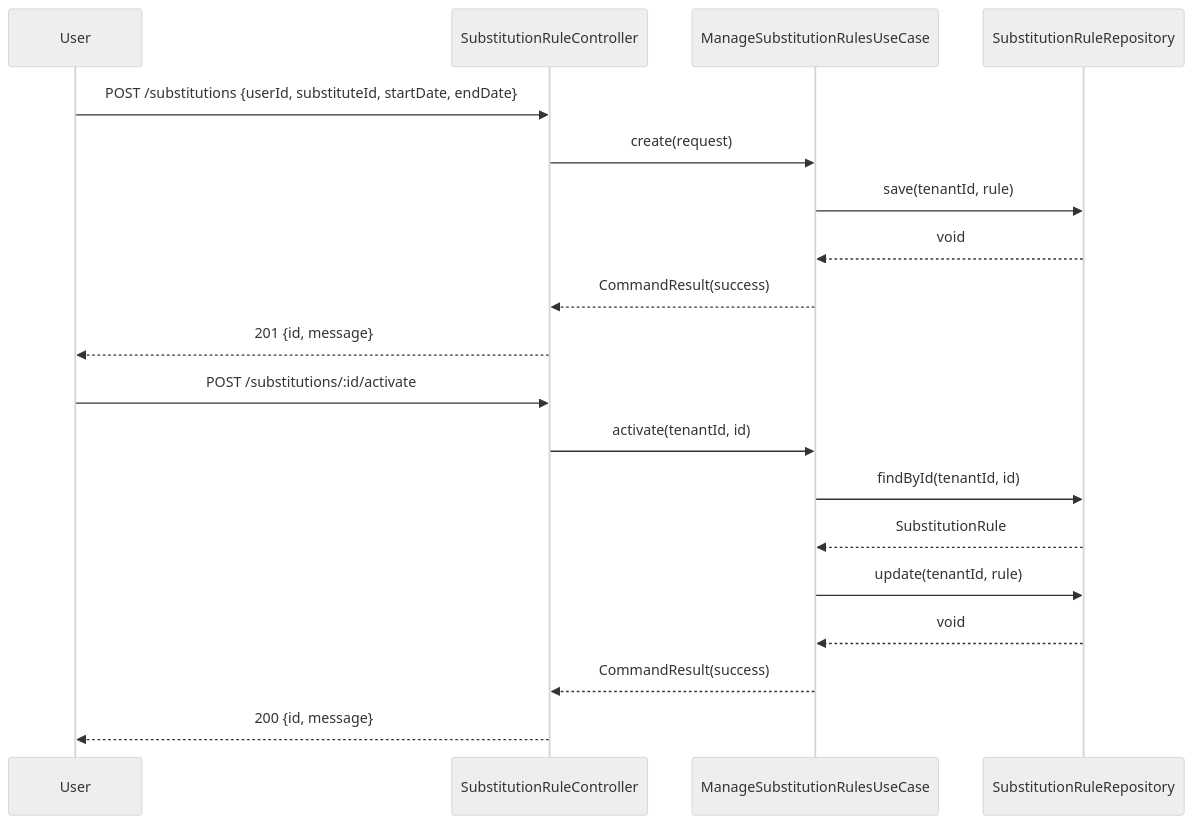
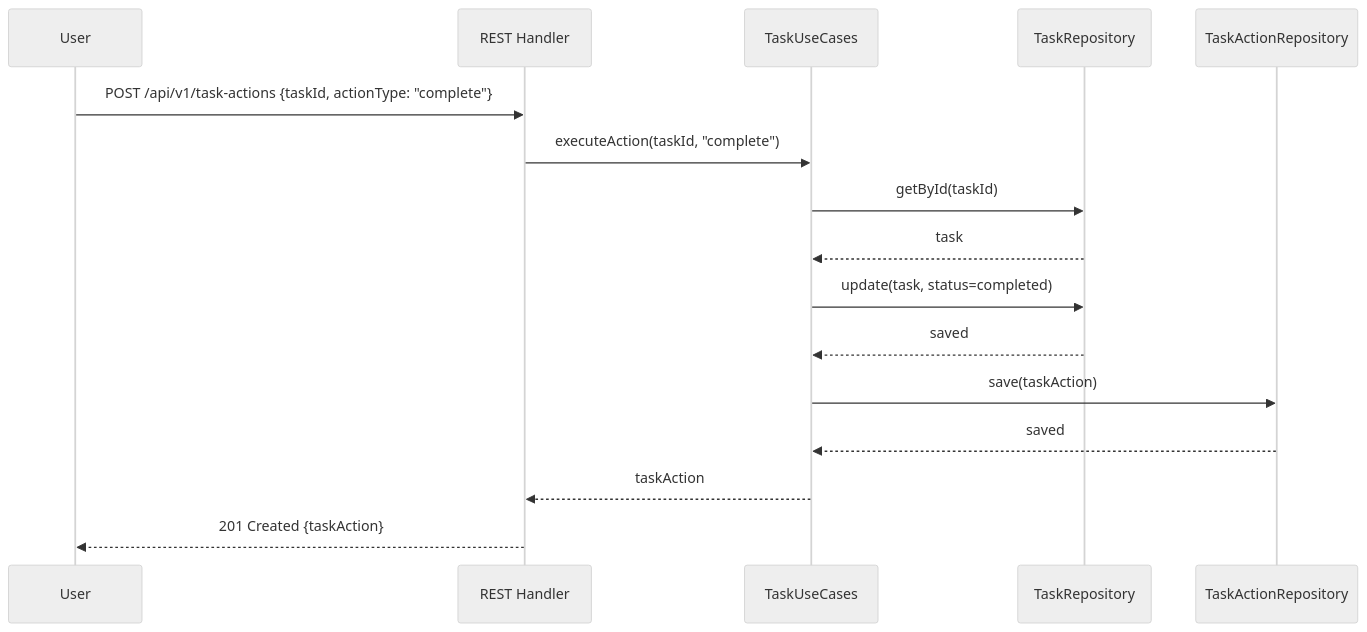
Before and after one commit to UIMSolutions/uim-platform: the third of 3 diagrams in task-center/UML.md, drawn with Mermaid (neutral theme). The commit also changed other lines of this file and 128 other files, not shown here.

Commit message:
Refactor UML documentation for Task Center and Transport services; streamline class diagrams, sequence diagrams, and component diagrams for clarity and consistency. Update NAFv4 architecture description to enhance structure and readability. Adjust container module imports for better organization.

````diff
--- a/task-center/UML.md
+++ b/task-center/UML.md
@@ -268,23 +112,19 @@
 ```mermaid
 sequenceDiagram
-    participant User
-    participant SubCtrl as SubstitutionRuleController
-    participant SubUC as ManageSubstitutionRulesUseCase
-    participant SubRepo as SubstitutionRuleRepository
+    participant U as User
+    participant R as REST Handler
+    participant UC as TaskUseCases
+    participant TR as TaskRepository
+    participant ACT as TaskActionRepository
 
-    User->>SubCtrl: POST /substitutions {userId, substituteId, startDate, endDate}
-    SubCtrl->>SubUC: create(request)
-    SubUC->>SubRepo: save(tenantId, rule)
-    SubRepo-->>SubUC: void
-    SubUC-->>SubCtrl: CommandResult(success)
-    SubCtrl-->>User: 201 {id, message}
-
-    User->>SubCtrl: POST /substitutions/:id/activate
-    SubCtrl->>SubUC: activate(tenantId, id)
-    SubUC->>SubRepo: findById(tenantId, id)
-    SubRepo-->>SubUC: SubstitutionRule
-    SubUC->>SubRepo: update(tenantId, rule)
-    SubRepo-->>SubUC: void
-    SubUC-->>SubCtrl: CommandResult(success)
-    SubCtrl-->>User: 200 {id, message}
+    U->>R: POST /api/v1/task-actions {taskId, actionType: "complete"}
+    R->>UC: executeAction(taskId, "complete")
+    UC->>TR: getById(taskId)
+    TR-->>UC: task
+    UC->>TR: update(task, status=completed)
+    TR-->>UC: saved
+    UC->>ACT: save(taskAction)
+    ACT-->>UC: saved
+    UC-->>R: taskAction
+    R-->>U: 201 Created {taskAction}
 ```
````
